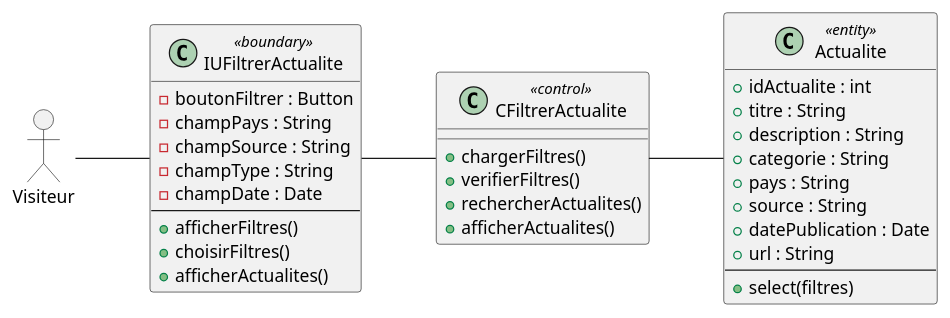
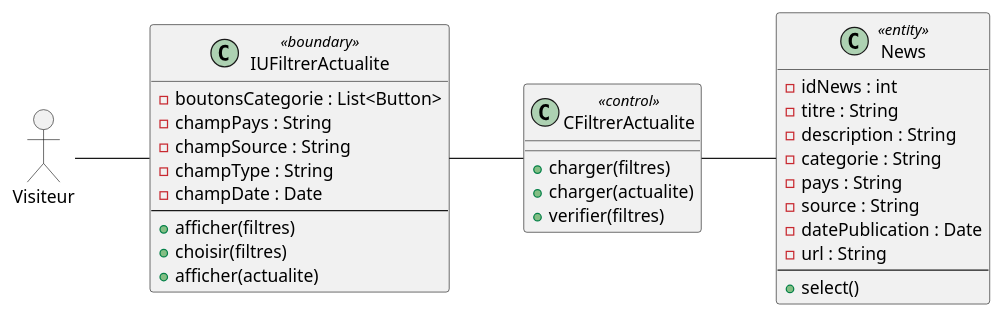
The diagram in Desktop/rapport/classe/filteractualite.puml (benslimenmohamedaziz3-bot/diagrammes), drawn with PlantUML before and after one commit. The commit also changed 17 other files, not shown here.

```diff
--- a/Desktop/rapport/classe/filteractualite.puml
+++ b/Desktop/rapport/classe/filteractualite.puml
@@ -1,43 +1,42 @@
 @startuml
 allowmixing
 left to right direction
 
 actor "Visiteur" as Visiteur
 
 class IUFiltrerActualite <<boundary>> {
-  - boutonFiltrer : Button
+  - boutonsCategorie : List<Button>
   - champPays : String
   - champSource : String
   - champType : String
   - champDate : Date
   --
-  + afficherFiltres()
-  + choisirFiltres()
-  + afficherActualites()
+  + afficher(filtres)
+  + choisir(filtres)
+  + afficher(actualite)
 }
 
 class CFiltrerActualite <<control>> {
-  + chargerFiltres()
-  + verifierFiltres()
-  + rechercherActualites()
-  + afficherActualites()
+  + charger(filtres)
+  + charger(actualite)
+  + verifier(filtres)
 }
 
-class Actualite <<entity>> {
-  + idActualite : int
-  + titre : String
-  + description : String
-  + categorie : String
-  + pays : String
-  + source : String
-  + datePublication : Date
-  + url : String
+class News <<entity>> {
+  - idNews : int
+  - titre : String
+  - description : String
+  - categorie : String
+  - pays : String
+  - source : String
+  - datePublication : Date
+  - url : String
   --
-  + select(filtres)
+  + select()
 }
 
 Visiteur -- IUFiltrerActualite
 IUFiltrerActualite -- CFiltrerActualite
-CFiltrerActualite -- Actualite
+CFiltrerActualite -- News
 
 @enduml
```
